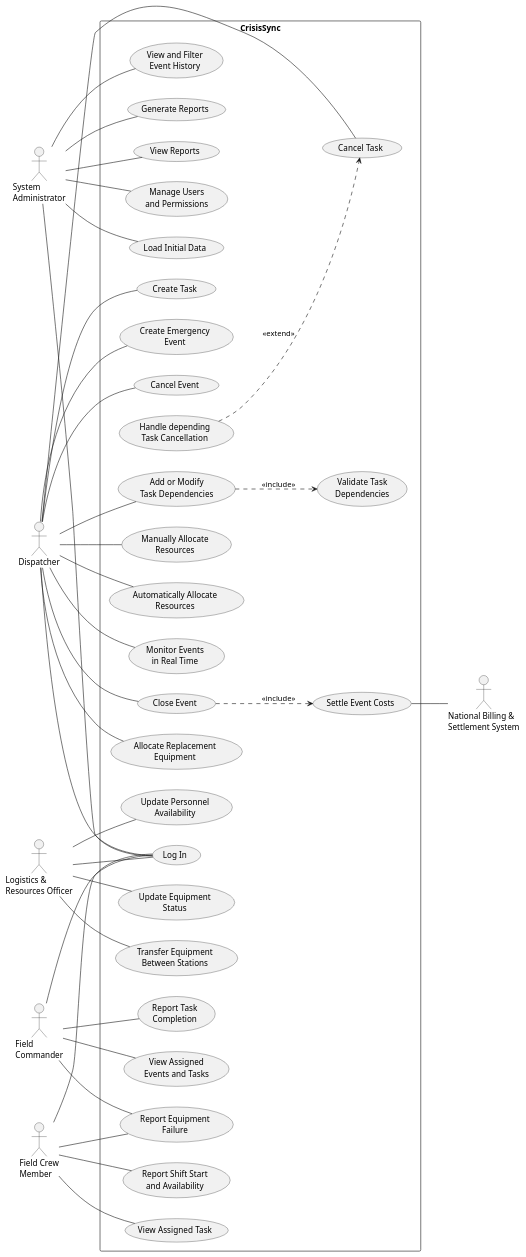
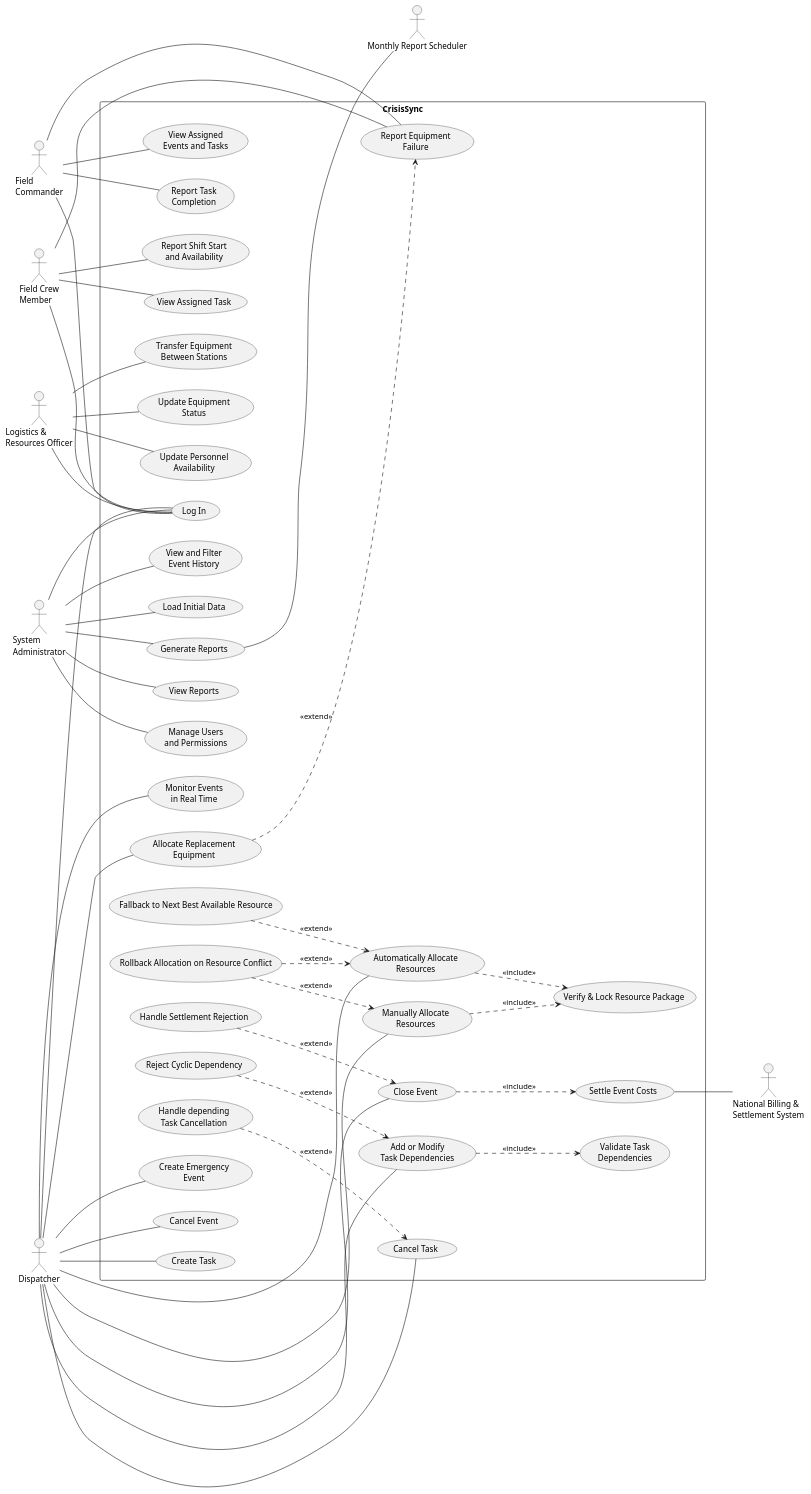
One commit to MohamadShalata/CrisisSync changed the diagram in CrisisSyncSystem.puml. Above: the diagram before and after it, drawn with PlantUML. The commit also changed 1 other file, not shown here.

```diff
--- a/CrisisSyncSystem.puml
+++ b/CrisisSyncSystem.puml
@@ -1,92 +1,107 @@
 @startuml
 ' CrisisSync — Use Case Diagram
 left to right direction
 
 
 actor "System\nAdministrator" as Admin
 actor "Logistics &\nResources Officer" as Logistics
 actor "Dispatcher" as Dispatcher
 actor "Field\nCommander" as Commander
 actor "Field Crew\nMember" as Crew
 actor "National Billing &\nSettlement System" as Billing
+actor "Monthly Report Scheduler" as ReportScheduler
 
 rectangle "CrisisSync" {
   usecase "Log In" as UC_Login
 
   usecase "Manage Users\nand Permissions" as UC_Users
   usecase "Load Initial Data" as UC_Load
   usecase "View and Filter\nEvent History" as UC_History
   usecase "Generate Reports" as UC_Generate
   usecase "View Reports" as UC_ViewReports
 
   usecase "Update Equipment\nStatus" as UC_EquipmentStatus
   usecase "Transfer Equipment\nBetween Stations" as UC_Transfer
   usecase "Update Personnel\nAvailability" as UC_Personnel
 
   usecase "Create Emergency\nEvent" as UC_CreateEvent
   usecase "Cancel Event" as UC_CancelEvent
   usecase "Create Task" as UC_CreateTask
   usecase "Add or Modify\nTask Dependencies" as UC_Dependencies
   usecase "Validate Task\nDependencies" as UC_Validate
+  usecase "Reject Cyclic Dependency" as UC_RejectCycle
   usecase "Manually Allocate\nResources" as UC_ManualAllocate
   usecase "Automatically Allocate\nResources" as UC_AutomaticAllocate
+  usecase "Verify & Lock Resource Package" as UC_VerifyLockPackage
+  usecase "Rollback Allocation on Resource Conflict" as UC_RollbackAllocation
+  usecase "Fallback to Next Best Available Resource" as UC_FallbackResource
   usecase "Monitor Events\nin Real Time" as UC_Monitor
   usecase "Cancel Task" as UC_CancelTask
   usecase "Handle depending\nTask Cancellation" as UC_depending
   usecase "Close Event" as UC_Close
   usecase "Settle Event Costs" as UC_Settle
+  usecase "Handle Settlement Rejection" as UC_SettlementRejection
   usecase "Allocate Replacement\nEquipment" as UC_Replace
 
   usecase "View Assigned\nEvents and Tasks" as UC_ViewAssignedEvents
   usecase "Report Task\nCompletion" as UC_CompleteTask
   usecase "Report Equipment\nFailure" as UC_ReportFailure
 
   usecase "Report Shift Start\nand Availability" as UC_Shift
   usecase "View Assigned Task" as UC_ViewAssignedTask
 }
 
 ' Actor–Use Case associations: solid lines, NO arrowheads
 Admin -- UC_Login
 Admin -- UC_Users
 Admin -- UC_Load
 Admin -- UC_History
 Admin -- UC_Generate
 Admin -- UC_ViewReports
 
 Logistics -- UC_Login
 Logistics -- UC_EquipmentStatus
 Logistics -- UC_Transfer
 Logistics -- UC_Personnel
 
 Dispatcher -- UC_Login
 Dispatcher -- UC_CreateEvent
 Dispatcher -- UC_CancelEvent
 Dispatcher -- UC_CreateTask
 Dispatcher -- UC_Dependencies
 Dispatcher -- UC_ManualAllocate
 Dispatcher -- UC_AutomaticAllocate
 Dispatcher -- UC_Monitor
 Dispatcher -- UC_CancelTask
 Dispatcher -- UC_Close
 Dispatcher -- UC_Replace
 
 Commander -- UC_Login
 Commander -- UC_ViewAssignedEvents
 Commander -- UC_CompleteTask
 Commander -- UC_ReportFailure
 
 Crew -- UC_Login
 Crew -- UC_Shift
 Crew -- UC_ViewAssignedTask
 Crew -- UC_ReportFailure
 
 UC_Settle -- Billing
+UC_Generate -- ReportScheduler
 
 ' Include Dependency
 UC_Close ..> UC_Settle : <<include>>
 UC_Dependencies ..> UC_Validate : <<include>>
+UC_ManualAllocate ..> UC_VerifyLockPackage : <<include>>
+UC_AutomaticAllocate ..> UC_VerifyLockPackage : <<include>>
 
 ' Extend Dependencies
 UC_depending ..> UC_CancelTask : <<extend>>
+UC_RejectCycle ..> UC_Dependencies : <<extend>>
+UC_RollbackAllocation ..> UC_ManualAllocate : <<extend>>
+UC_RollbackAllocation ..> UC_AutomaticAllocate : <<extend>>
+UC_FallbackResource ..> UC_AutomaticAllocate : <<extend>>
+UC_Replace ..> UC_ReportFailure : <<extend>>
+UC_SettlementRejection ..> UC_Close : <<extend>>
 
 @enduml
```
